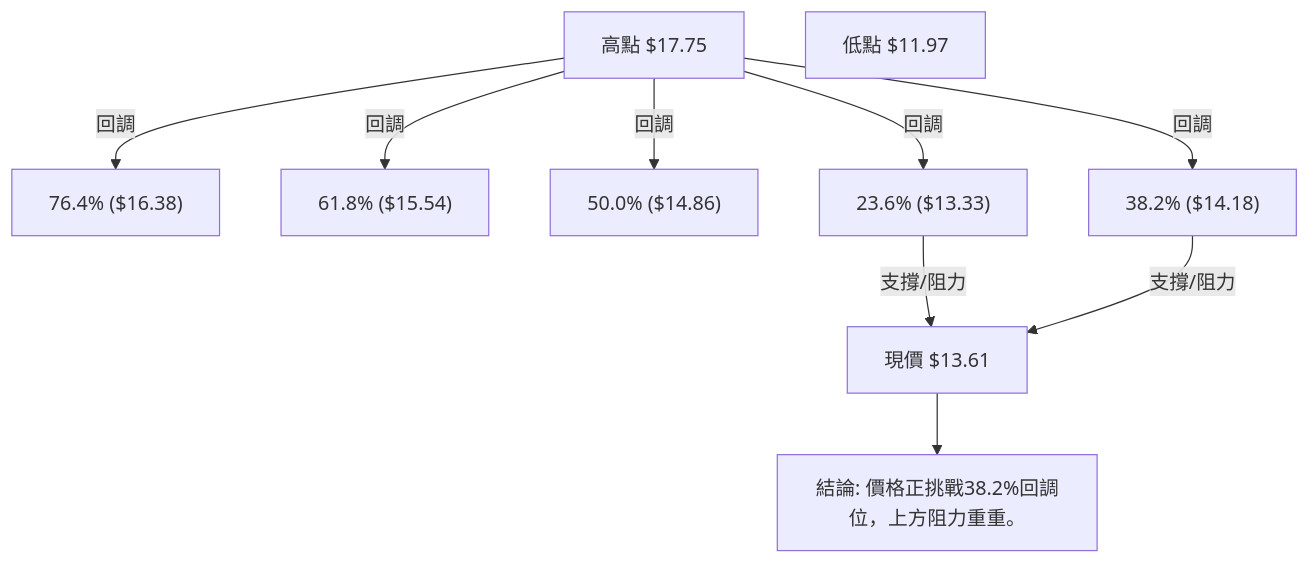
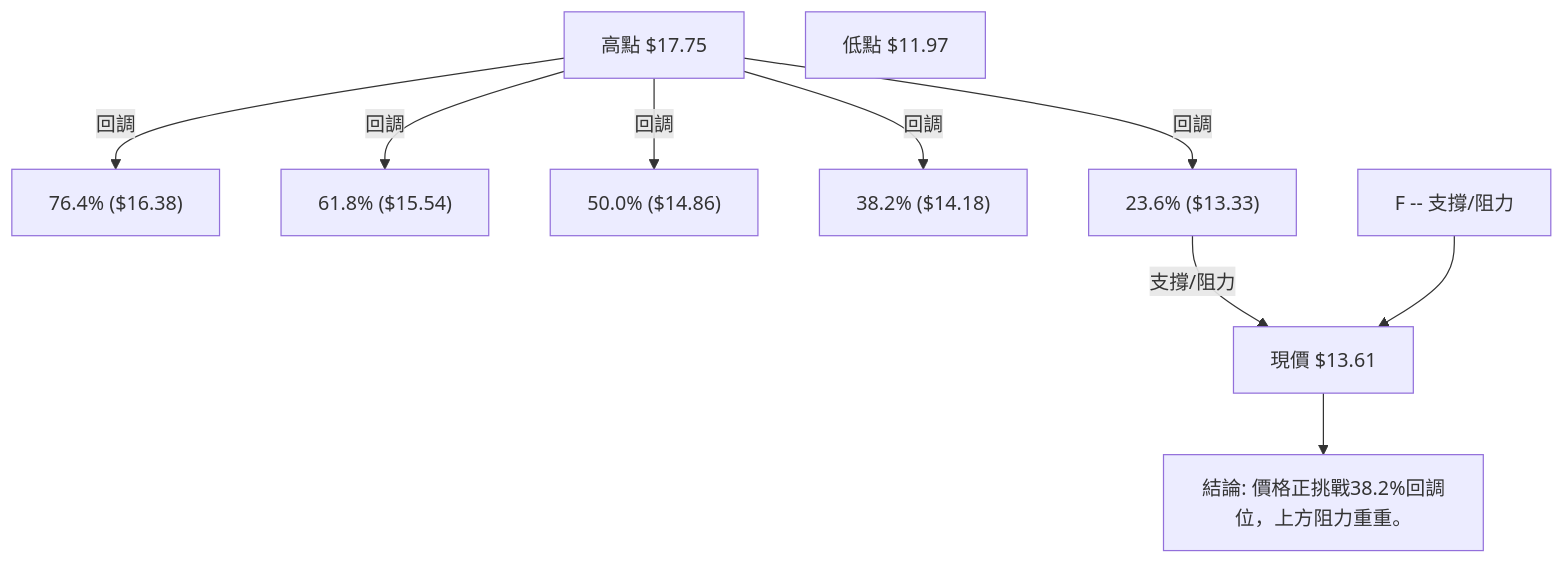
Before and after one commit to yennanliu/finance_data: the fifth of 11 diagrams in ai_gen_report/stock/nu/technical_analysis_2026-07-08_gemini.md, drawn with Mermaid. The commit also changed other lines of this file and 2258 other files, not shown here.

First line of the commit message:
chore: backfill Mermaid syntax repair across existing reports

````diff
--- a/ai_gen_report/stock/nu/technical_analysis_2026-07-08_gemini.md
+++ b/ai_gen_report/stock/nu/technical_analysis_2026-07-08_gemini.md
@@ -414,13 +414,13 @@
 ```mermaid
 graph TD
-    A[高點 $17.75]
-    B[低點 $11.97]
-    A -->|回調| C["76.4% ($16.38)"]
-    A -->|回調| D["61.8% ($15.54)"]
-    A -->|回調| E["50.0% ($14.86)"]
-    A -->|回調| F["38.2% ($14.18)"]
-    A -->|回調| G["23.6% ($13.33)"]
-    G -- 支撐/阻力 --> H[現價 $13.61]
-    F -- 支撐/阻力 --> H
-    H --> I[結論: 價格正挑戰38.2%回調位，上方阻力重重。]
+    A["高點 $17.75"]
+    B["低點 $11.97"]
+    A -->|"回調"| C["76.4% ($16.38)"]
+    A -->|"回調"| D["61.8% ($15.54)"]
+    A -->|"回調"| E["50.0% ($14.86)"]
+    A -->|"回調"| F["38.2% ($14.18)"]
+    A -->|"回調"| G["23.6% ($13.33)"]
+    G -- 支撐/阻力 --> H["現價 $13.61"]
+    nb1["F -- 支撐/阻力"] --> H
+    H --> I["結論: 價格正挑戰38.2%回調位，上方阻力重重。"]
 ```
````
